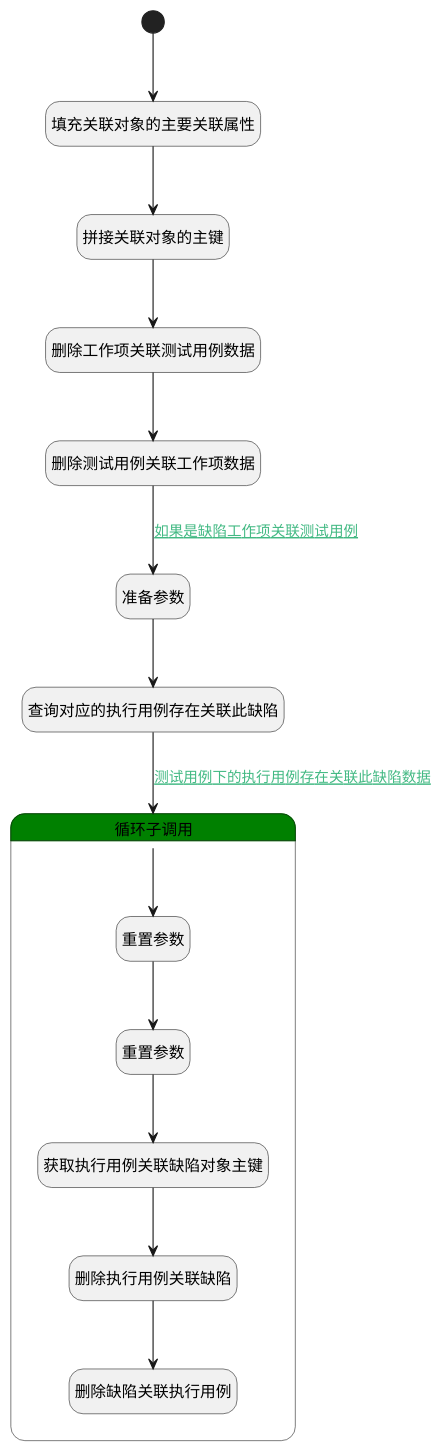
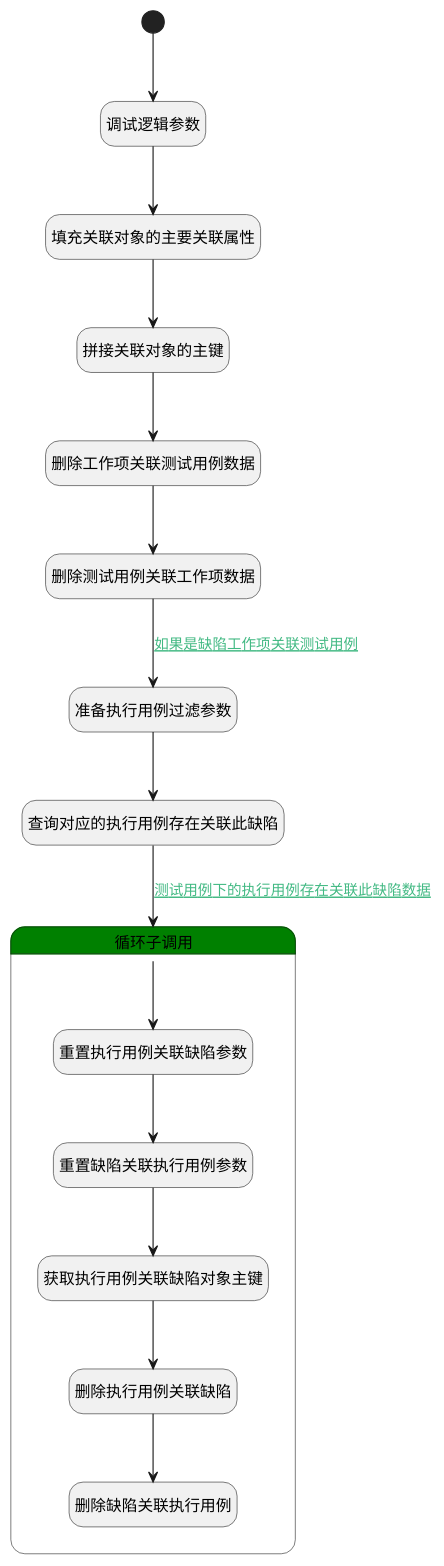
The diagram in doc/docsify/module/Base/relation/logic/work_item_del_relation_test_case.md (iBizLab/plm), drawn with PlantUML before and after one commit. The commit also changed other lines of this file and 1778 other files, not shown here.

````diff
--- a/doc/docsify/module/Base/relation/logic/work_item_del_relation_test_case.md
+++ b/doc/docsify/module/Base/relation/logic/work_item_del_relation_test_case.md
@@ -7,42 +7,44 @@
 ```plantuml
 @startuml
 hide empty description
 <style>
 root {
   HyperlinkColor #42b983
 }
 </style>
 
 hide empty description
 state "开始" as Begin <<start>> [[$./work_item_del_relation_test_case#begin {"开始"}]]
+state "调试逻辑参数" as DEBUGPARAM1  [[$./work_item_del_relation_test_case#debugparam1 {"调试逻辑参数"}]]
 state "填充关联对象的主要关联属性" as PREPAREPARAM1  [[$./work_item_del_relation_test_case#prepareparam1 {"填充关联对象的主要关联属性"}]]
 state "拼接关联对象的主键" as RAWSFCODE1  [[$./work_item_del_relation_test_case#rawsfcode1 {"拼接关联对象的主键"}]]
 state "删除工作项关联测试用例数据" as DEACTION2  [[$./work_item_del_relation_test_case#deaction2 {"删除工作项关联测试用例数据"}]]
 state "删除测试用例关联工作项数据" as DEACTION3  [[$./work_item_del_relation_test_case#deaction3 {"删除测试用例关联工作项数据"}]]
-state "准备参数" as PREPAREPARAM2  [[$./work_item_del_relation_test_case#prepareparam2 {"准备参数"}]]
+state "准备执行用例过滤参数" as PREPAREPARAM2  [[$./work_item_del_relation_test_case#prepareparam2 {"准备执行用例过滤参数"}]]
 state "查询对应的执行用例存在关联此缺陷" as DEDATASET1  [[$./work_item_del_relation_test_case#dedataset1 {"查询对应的执行用例存在关联此缺陷"}]]
 state "循环子调用" as LOOPSUBCALL1  [[$./work_item_del_relation_test_case#loopsubcall1 {"循环子调用"}]] #green {
-state "重置参数" as RESETPARAM1  [[$./work_item_del_relation_test_case#resetparam1 {"重置参数"}]]
-state "重置参数" as RESETPARAM2  [[$./work_item_del_relation_test_case#resetparam2 {"重置参数"}]]
+state "重置执行用例关联缺陷参数" as RESETPARAM1  [[$./work_item_del_relation_test_case#resetparam1 {"重置执行用例关联缺陷参数"}]]
+state "重置缺陷关联执行用例参数" as RESETPARAM2  [[$./work_item_del_relation_test_case#resetparam2 {"重置缺陷关联执行用例参数"}]]
 state "获取执行用例关联缺陷对象主键" as RAWSFCODE2  [[$./work_item_del_relation_test_case#rawsfcode2 {"获取执行用例关联缺陷对象主键"}]]
 state "删除执行用例关联缺陷" as DEACTION4  [[$./work_item_del_relation_test_case#deaction4 {"删除执行用例关联缺陷"}]]
 state "删除缺陷关联执行用例" as DEACTION5  [[$./work_item_del_relation_test_case#deaction5 {"删除缺陷关联执行用例"}]]
 }
 
 
-Begin --> PREPAREPARAM1
+Begin --> DEBUGPARAM1
+DEBUGPARAM1 --> PREPAREPARAM1
 PREPAREPARAM1 --> RAWSFCODE1
 RAWSFCODE1 --> DEACTION2
 DEACTION2 --> DEACTION3
 DEACTION3 --> PREPAREPARAM2 : [[$./work_item_del_relation_test_case#deaction3-prepareparam2{如果是缺陷工作项关联测试用例} 如果是缺陷工作项关联测试用例]]
 PREPAREPARAM2 --> DEDATASET1
 DEDATASET1 --> LOOPSUBCALL1 : [[$./work_item_del_relation_test_case#dedataset1-loopsubcall1{测试用例下的执行用例存在关联此缺陷数据} 测试用例下的执行用例存在关联此缺陷数据]]
 LOOPSUBCALL1 --> RESETPARAM1
 RESETPARAM1 --> RESETPARAM2
 RESETPARAM2 --> RAWSFCODE2
 RAWSFCODE2 --> DEACTION4
 DEACTION4 --> DEACTION5
 
 
 @enduml
 ```
````
